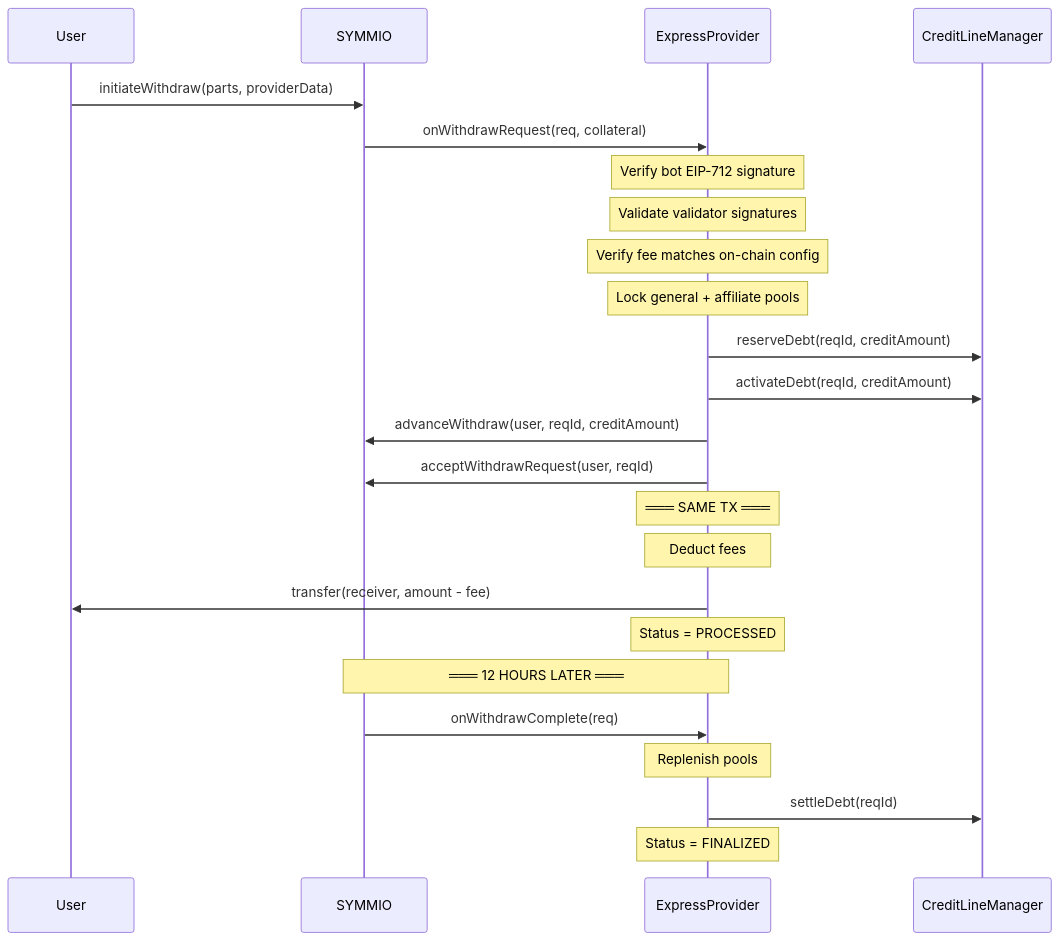
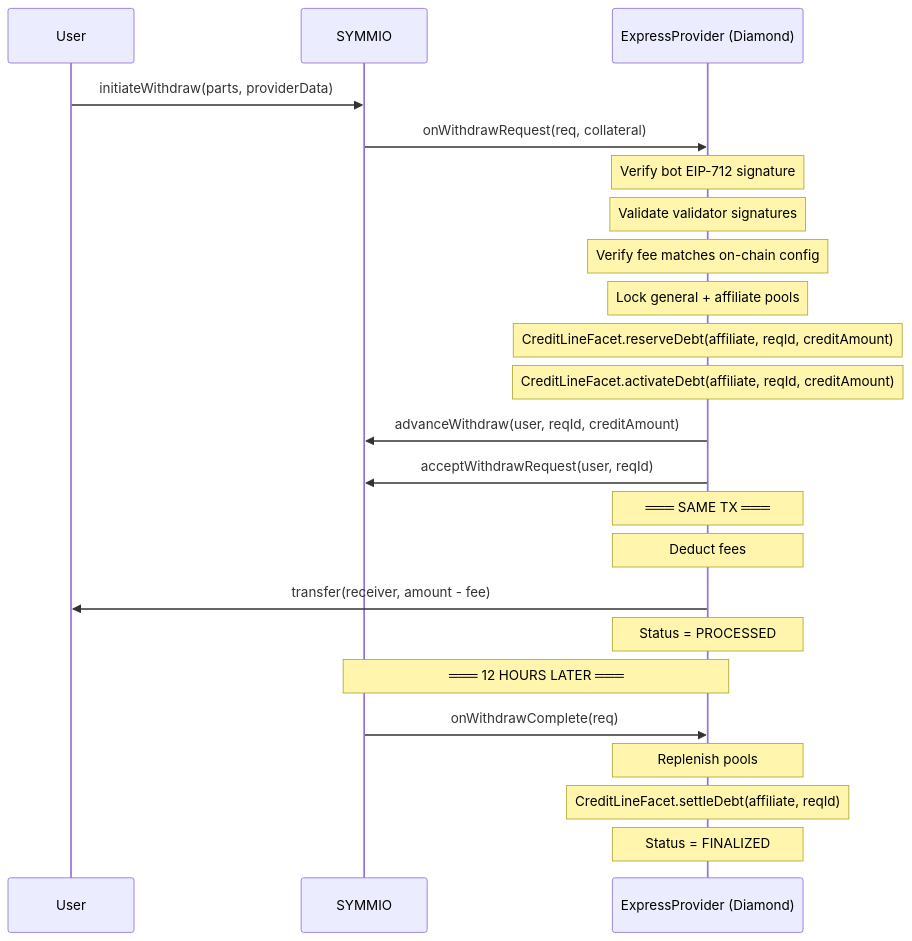
Before and after one commit to SYMM-IO/perps-core: the ninth of 30 diagrams in docs/v0.8.6/express-bot-operations-checklist.md, drawn with Mermaid. The commit also changed other lines of this file and 1 other file, not shown here.

Commit message:
docs: update express layer docs for CreditLineFacet migration

````diff
--- a/docs/v0.8.6/express-bot-operations-checklist.md
+++ b/docs/v0.8.6/express-bot-operations-checklist.md
@@ -930,30 +929,29 @@
 ```mermaid
 sequenceDiagram
     participant U as User
     participant S as SYMMIO
-    participant EP as ExpressProvider
-    participant CLM as CreditLineManager
+    participant EP as ExpressProvider (Diamond)
 
     U->>S: initiateWithdraw(parts, providerData)
     S->>EP: onWithdrawRequest(req, collateral)
 
     Note over EP: Verify bot EIP-712 signature
     Note over EP: Validate validator signatures
     Note over EP: Verify fee matches on-chain config
     Note over EP: Lock general + affiliate pools
-    EP->>CLM: reserveDebt(reqId, creditAmount)
-    EP->>CLM: activateDebt(reqId, creditAmount)
+    Note over EP: CreditLineFacet.reserveDebt(affiliate, reqId, creditAmount)
+    Note over EP: CreditLineFacet.activateDebt(affiliate, reqId, creditAmount)
     EP->>S: advanceWithdraw(user, reqId, creditAmount)
     EP->>S: acceptWithdrawRequest(user, reqId)
 
     Note over EP: ═══ SAME TX ═══
     Note over EP: Deduct fees
     EP->>U: transfer(receiver, amount - fee)
     Note over EP: Status = PROCESSED
 
     Note over EP,S: ═══ 12 HOURS LATER ═══
     S->>EP: onWithdrawComplete(req)
     Note over EP: Replenish pools
-    EP->>CLM: settleDebt(reqId)
+    Note over EP: CreditLineFacet.settleDebt(affiliate, reqId)
     Note over EP: Status = FINALIZED
 ```
````
